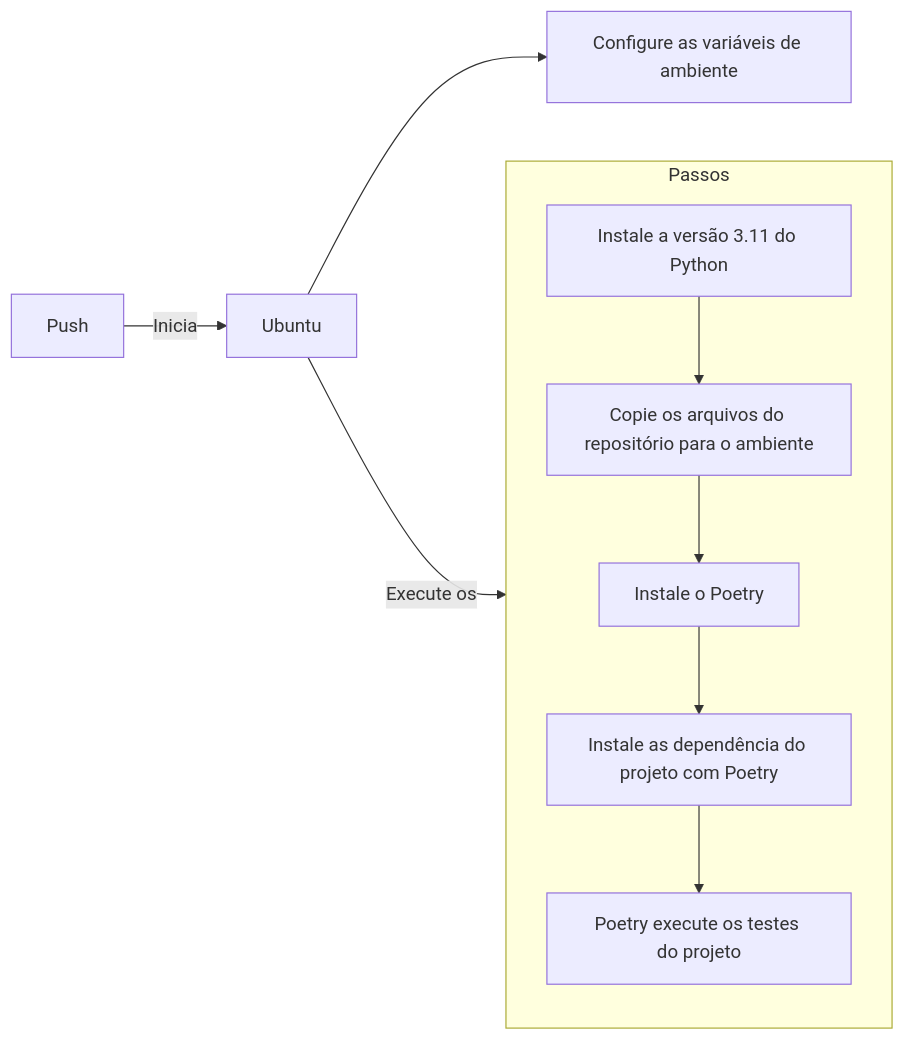
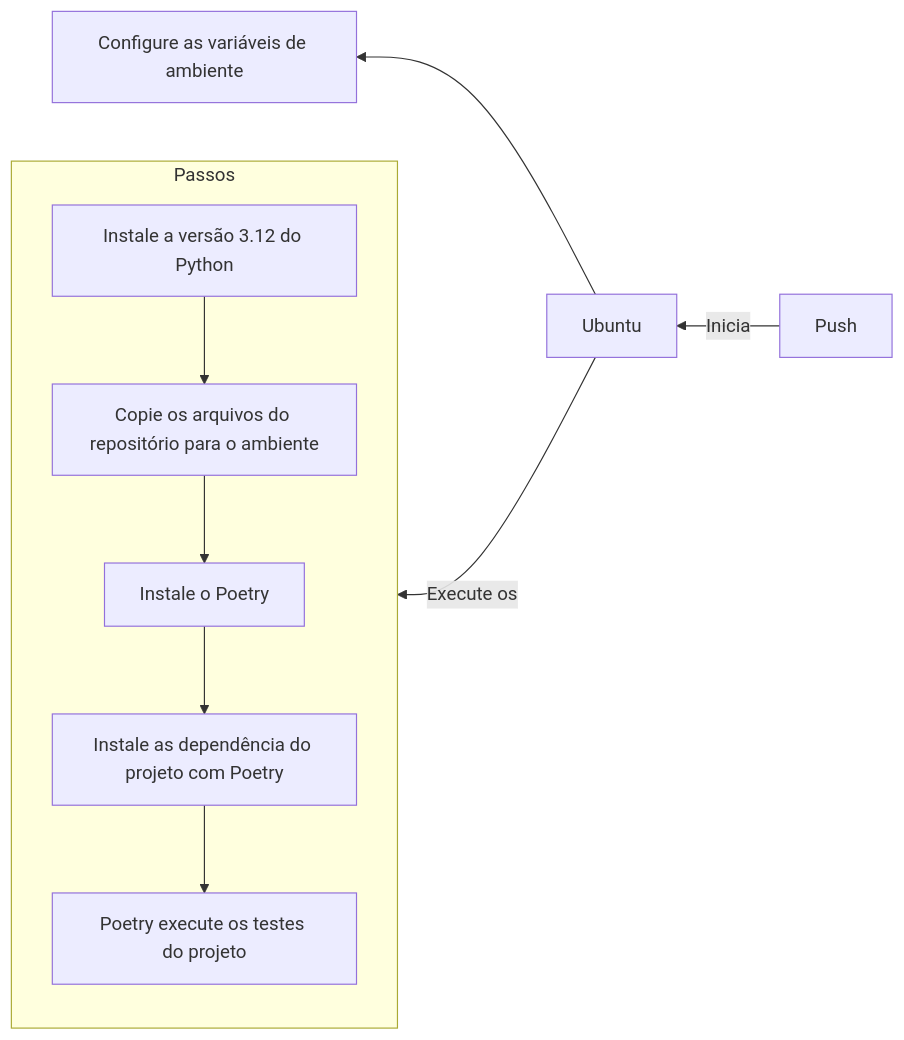
One commit to dunossauro/fastapi-do-zero changed the second of 3 diagrams in slides/brutos/aula_11.md. Above: the diagram before and after it, drawn with Mermaid. The commit also changed other lines of this file and 2 other files, not shown here.

```diff
--- a/slides/brutos/aula_11.md
+++ b/slides/brutos/aula_11.md
@@ -40,12 +46,12 @@
 <div class="mermaid">
-flowchart LR
+flowchart RL
     Push -- Inicia --> Ubuntu
     Ubuntu -- Execute os --> Passos
 	Ubuntu --> Z[Configure as variáveis de ambiente]
 	subgraph Passos
-      A[Instale a versão 3.11 do Python] --> B[Copie os arquivos do repositório para o ambiente]
+      A[Instale a versão 3.12 do Python] --> B[Copie os arquivos do repositório para o ambiente]
 	  B --> C[Instale o Poetry]
 	  C --> D[Instale as dependência do projeto com Poetry]
 	  D --> E[Poetry execute os testes do projeto]
 	end
 </div>
```
